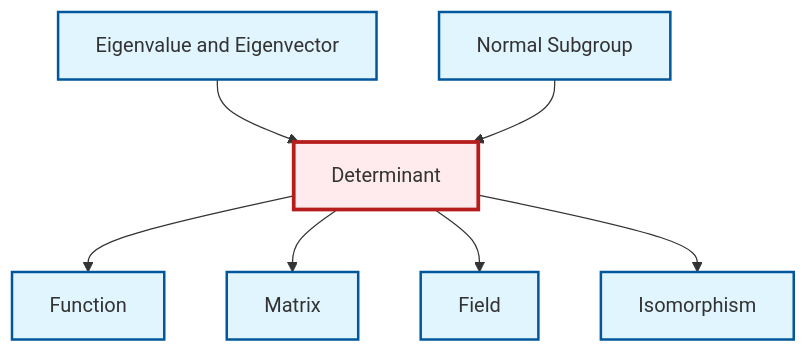
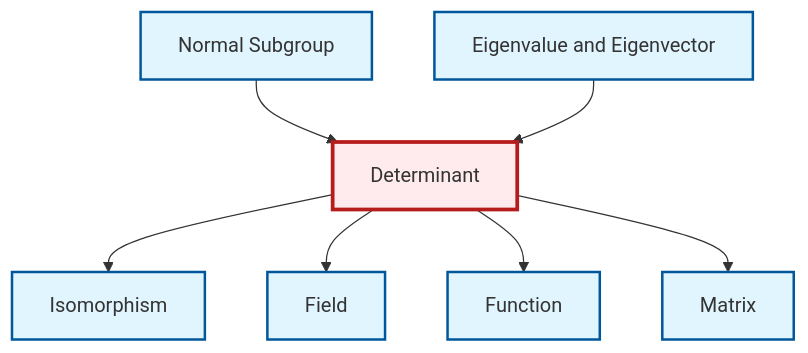
The diagram in output/mermaid/en/def-determinant.mermaid (RK0429/ModernMath), drawn with Mermaid before and after one commit. The commit also changed other lines of this file and 3315 other files, not shown here.

```diff
--- a/output/mermaid/en/def-determinant.mermaid
+++ b/output/mermaid/en/def-determinant.mermaid
@@ -1,20 +1,20 @@
 graph TD
     classDef definition fill:#e1f5fe,stroke:#01579b,stroke-width:2px
     classDef theorem fill:#f3e5f5,stroke:#4a148c,stroke-width:2px
     classDef axiom fill:#fff3e0,stroke:#e65100,stroke-width:2px
     classDef example fill:#e8f5e9,stroke:#1b5e20,stroke-width:2px
     classDef current fill:#ffebee,stroke:#b71c1c,stroke-width:3px
+    def-determinant["Determinant"]:::definition
     def-function["Function"]:::definition
+    def-eigenvalue-eigenvector["Eigenvalue and Eigenvector"]:::definition
+    def-matrix["Matrix"]:::definition
+    def-isomorphism["Isomorphism"]:::definition
     def-normal-subgroup["Normal Subgroup"]:::definition
-    def-isomorphism["Isomorphism"]:::definition
     def-field["Field"]:::definition
-    def-matrix["Matrix"]:::definition
-    def-determinant["Determinant"]:::definition
-    def-eigenvalue-eigenvector["Eigenvalue and Eigenvector"]:::definition
+    def-determinant --> def-isomorphism
+    def-determinant --> def-field
+    def-normal-subgroup --> def-determinant
+    def-determinant --> def-function
     def-eigenvalue-eigenvector --> def-determinant
-    def-determinant --> def-function
     def-determinant --> def-matrix
-    def-determinant --> def-field
-    def-determinant --> def-isomorphism
-    def-normal-subgroup --> def-determinant
     class def-determinant current
```
